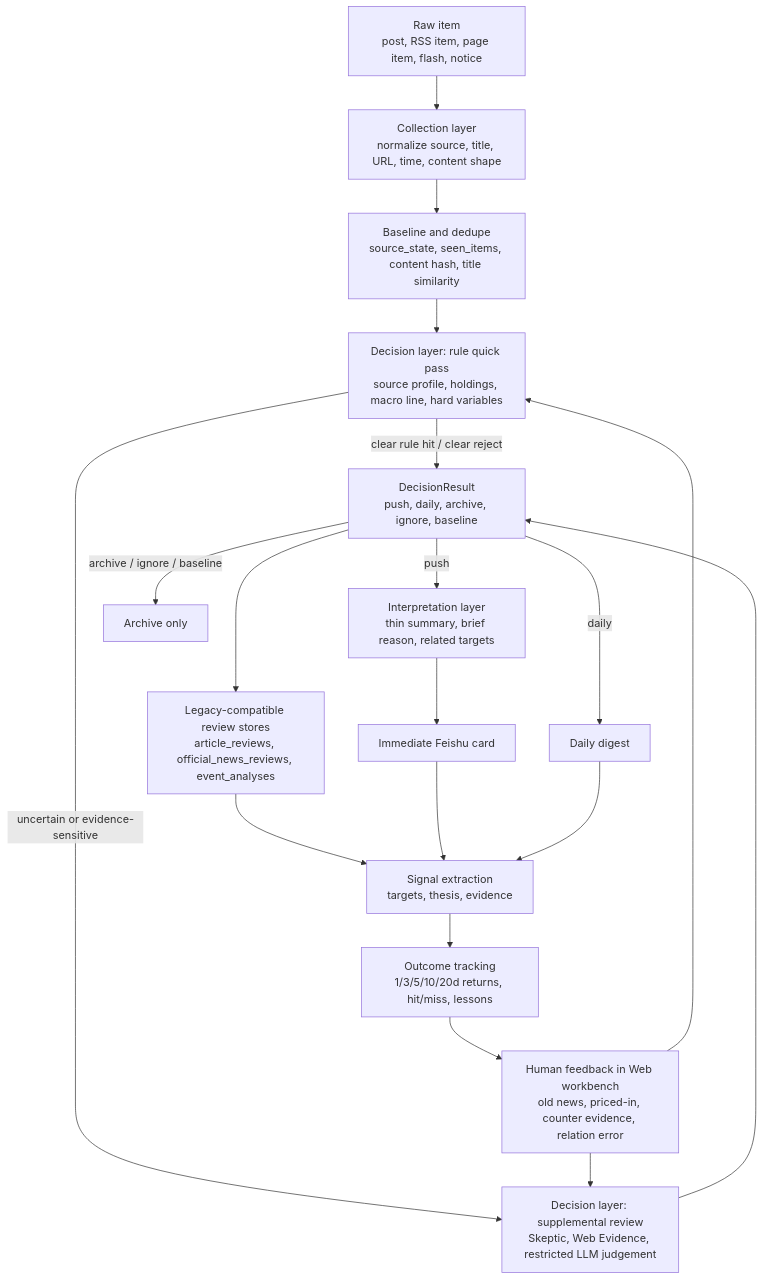
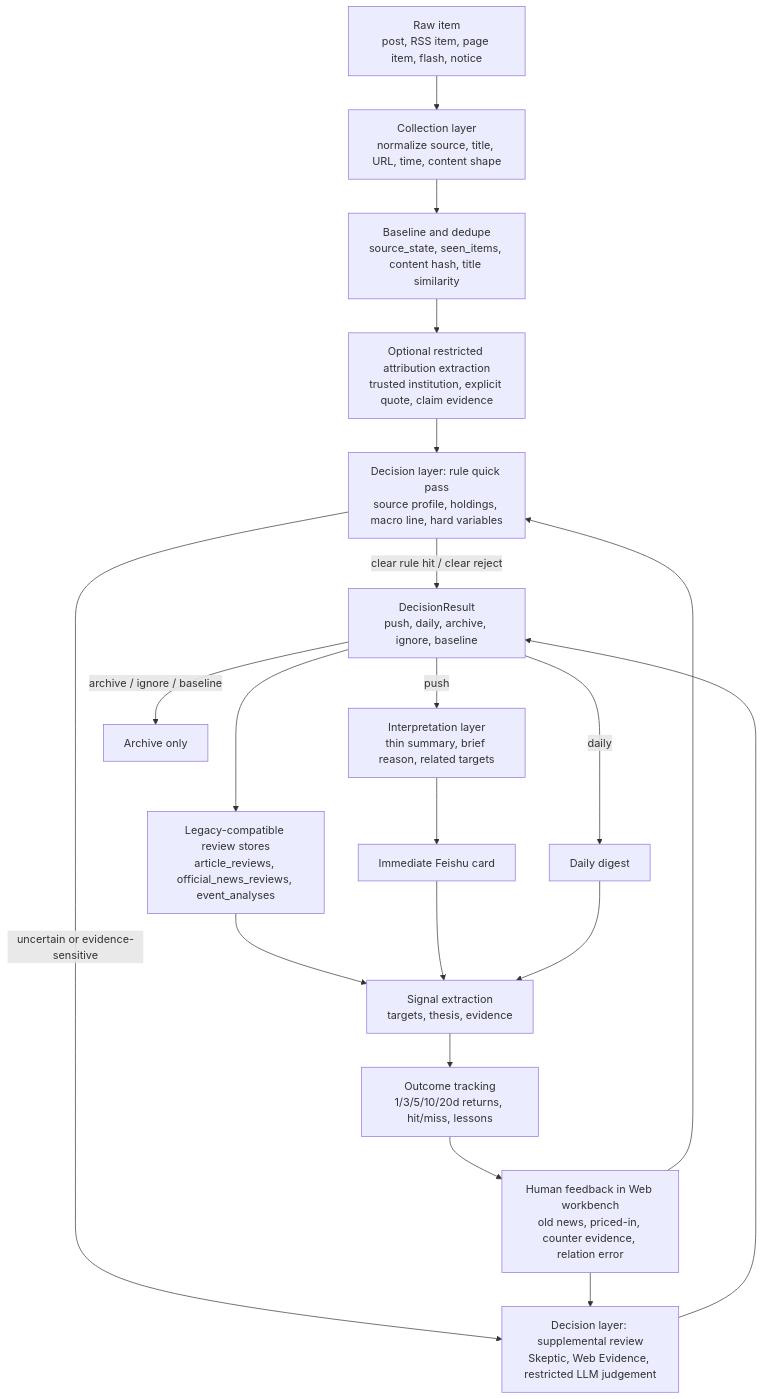
Before and after one commit to Stayfoool/MarketPulseWire: the third of 5 diagrams in docs/architecture-flow.md, drawn with Mermaid. The commit also changed other lines of this file and 27 other files, not shown here.

````diff
--- a/docs/architecture-flow.md
+++ b/docs/architecture-flow.md
@@ -239,32 +244,33 @@
 ```mermaid
 flowchart TD
     Raw["Raw item<br/>post, RSS item, page item, flash, notice"]
     Normalize["Collection layer<br/>normalize source, title, URL, time, content shape"]
     Dedupe["Baseline and dedupe<br/>source_state, seen_items, content hash, title similarity"]
+    Attribution["Optional restricted attribution extraction<br/>trusted institution, explicit quote, claim evidence"]
     RuleFast["Decision layer: rule quick pass<br/>source profile, holdings, macro line, hard variables"]
     Supplemental["Decision layer: supplemental review<br/>Skeptic, Web Evidence, restricted LLM judgement"]
     Decision["DecisionResult<br/>push, daily, archive, ignore, baseline"]
     Interpreter["Interpretation layer<br/>thin summary, brief reason, related targets"]
     Feishu["Immediate Feishu card"]
     Digest["Daily digest"]
     Archive["Archive only"]
     Legacy["Legacy-compatible review stores<br/>article_reviews, official_news_reviews, event_analyses"]
     Signal["Signal extraction<br/>targets, thesis, evidence"]
     Outcome["Outcome tracking<br/>1/3/5/10/20d returns, hit/miss, lessons"]
     Feedback["Human feedback in Web workbench<br/>old news, priced-in, counter evidence, relation error"]
 
-    Raw --> Normalize --> Dedupe --> RuleFast
+    Raw --> Normalize --> Dedupe --> Attribution --> RuleFast
     RuleFast -- "clear rule hit / clear reject" --> Decision
     RuleFast -- "uncertain or evidence-sensitive" --> Supplemental
     Supplemental --> Decision
     Decision --> Legacy
     Decision -- "push" --> Interpreter --> Feishu
     Decision -- "daily" --> Digest
     Decision -- "archive / ignore / baseline" --> Archive
     Legacy --> Signal
     Feishu --> Signal
     Digest --> Signal
     Signal --> Outcome --> Feedback
     Feedback --> Supplemental
     Feedback --> RuleFast
 ```
````
